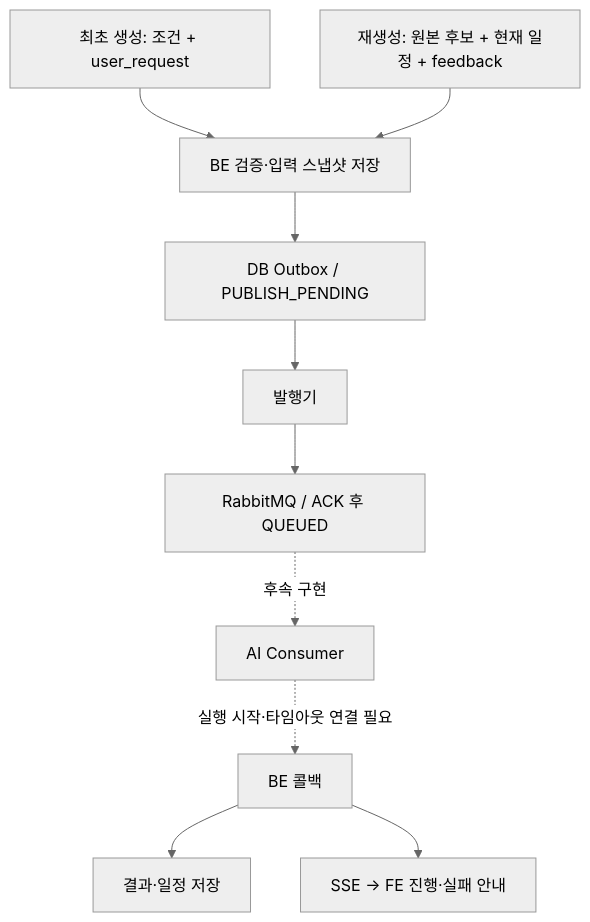
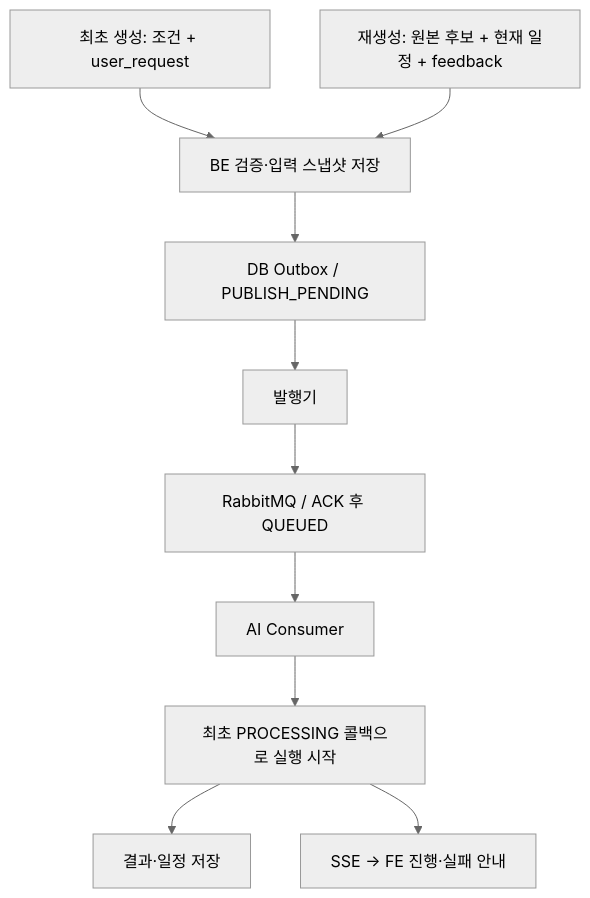
Before and after one commit to 100-hours-a-week/KTB4-10th-BE: the diagram in docs/architecture/guidebook-mq-generation.md, drawn with Mermaid (neutral theme). The commit also changed other lines of this file and 7 other files, not shown here.

````diff
--- a/docs/architecture/guidebook-mq-generation.md
+++ b/docs/architecture/guidebook-mq-generation.md
@@ -9,12 +9,12 @@
 ```mermaid
 flowchart TD
     INITIAL["최초 생성: 조건 + user_request"] --> SNAPSHOT["BE 검증·입력 스냅샷 저장"]
     REGEN["재생성: 원본 후보 + 현재 일정 + feedback"] --> SNAPSHOT
     SNAPSHOT --> OUTBOX["DB Outbox / PUBLISH_PENDING"]
     OUTBOX --> PUBLISHER["발행기"]
     PUBLISHER --> MQ["RabbitMQ / ACK 후 QUEUED"]
-    MQ -. "후속 구현" .-> CONSUMER["AI Consumer"]
-    CONSUMER -. "실행 시작·타임아웃 연결 필요" .-> CALLBACK["BE 콜백"]
+    MQ --> CONSUMER["AI Consumer"]
+    CONSUMER --> CALLBACK["최초 PROCESSING 콜백으로 실행 시작"]
     CALLBACK --> DB["결과·일정 저장"]
     CALLBACK --> SSE["SSE → FE 진행·실패 안내"]
 ```
````
